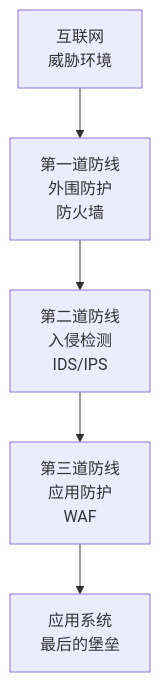
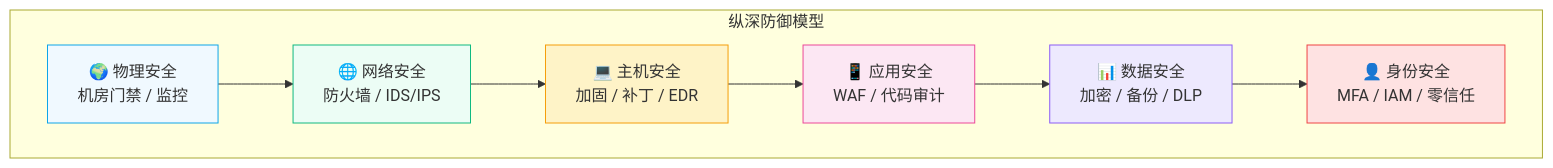
One commit to SKT-Shurima/NetworkMastery changed the first of 3 diagrams in docs/guide/attacks/security-arch.md. Above: the diagram before and after it, drawn with Mermaid. The commit also changed other lines of this file and 6 other files, not shown here.

````diff
--- a/docs/guide/attacks/security-arch.md
+++ b/docs/guide/attacks/security-arch.md
@@ -7,8 +9,20 @@
 ```mermaid
 graph TB
-    Internet["互联网<br/>威胁环境"]
-    Internet --> F1["第一道防线<br/>外围防护<br/>防火墙"]
-    F1 --> F2["第二道防线<br/>入侵检测<br/>IDS/IPS"]
-    F2 --> F3["第三道防线<br/>应用防护<br/>WAF"]
-    F3 --> App["应用系统<br/>最后的堡垒"]
+    subgraph "纵深防御模型"
+        A["🌍 物理安全<br/>机房门禁 / 监控"]
+        B["🌐 网络安全<br/>防火墙 / IDS/IPS"]
+        C["💻 主机安全<br/>加固 / 补丁 / EDR"]
+        D["📱 应用安全<br/>WAF / 代码审计"]
+        E["📊 数据安全<br/>加密 / 备份 / DLP"]
+        F["👤 身份安全<br/>MFA / IAM / 零信任"]
+    end
+    
+    A --> B --> C --> D --> E --> F
+
+    style A fill:#f0f9ff,stroke:#0ea5e9
+    style B fill:#ecfdf5,stroke:#10b981
+    style C fill:#fef3c7,stroke:#f59e0b
+    style D fill:#fce7f3,stroke:#ec4899
+    style E fill:#ede9fe,stroke:#8b5cf6
+    style F fill:#fee2e2,stroke:#ef4444
 ```
````
